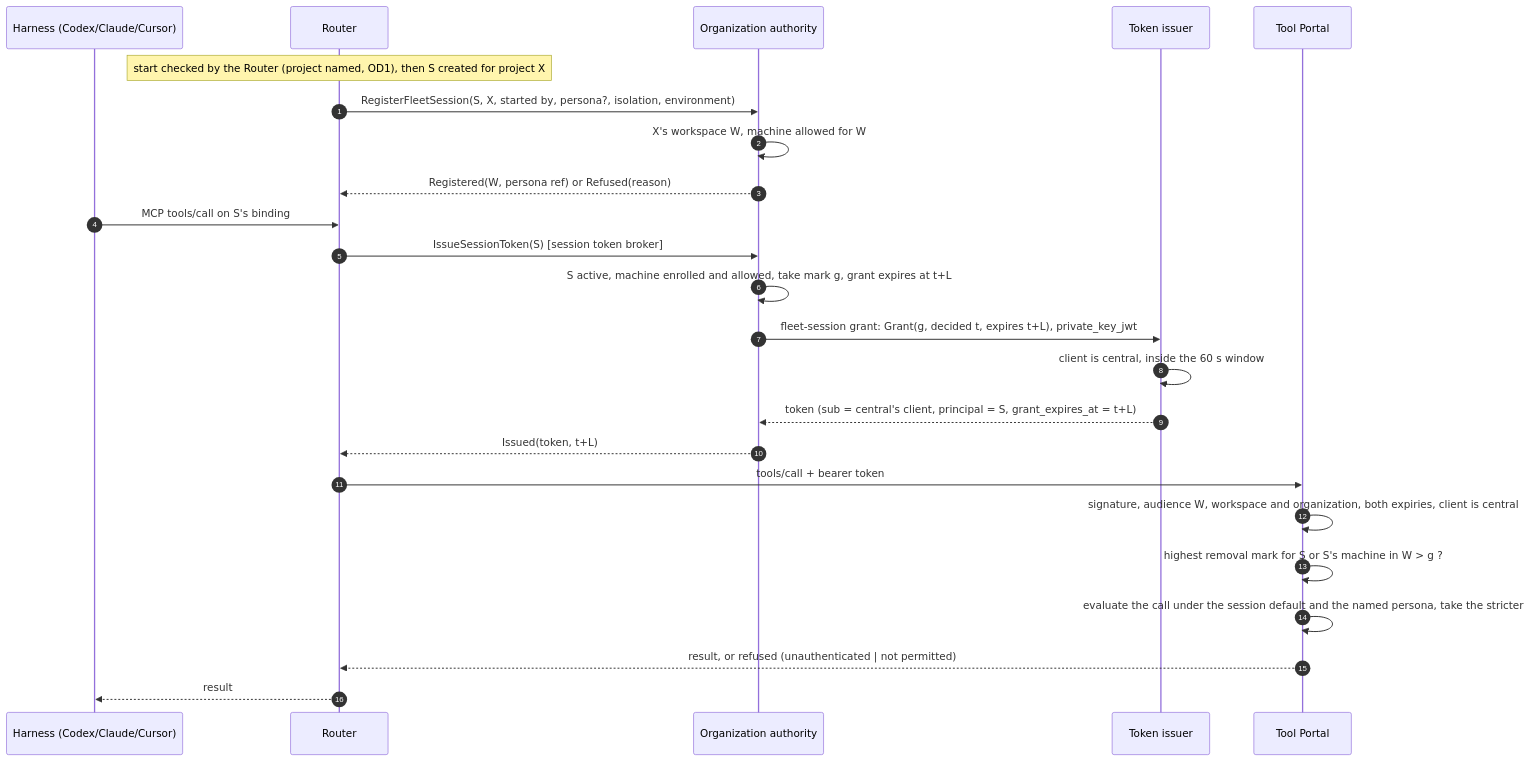
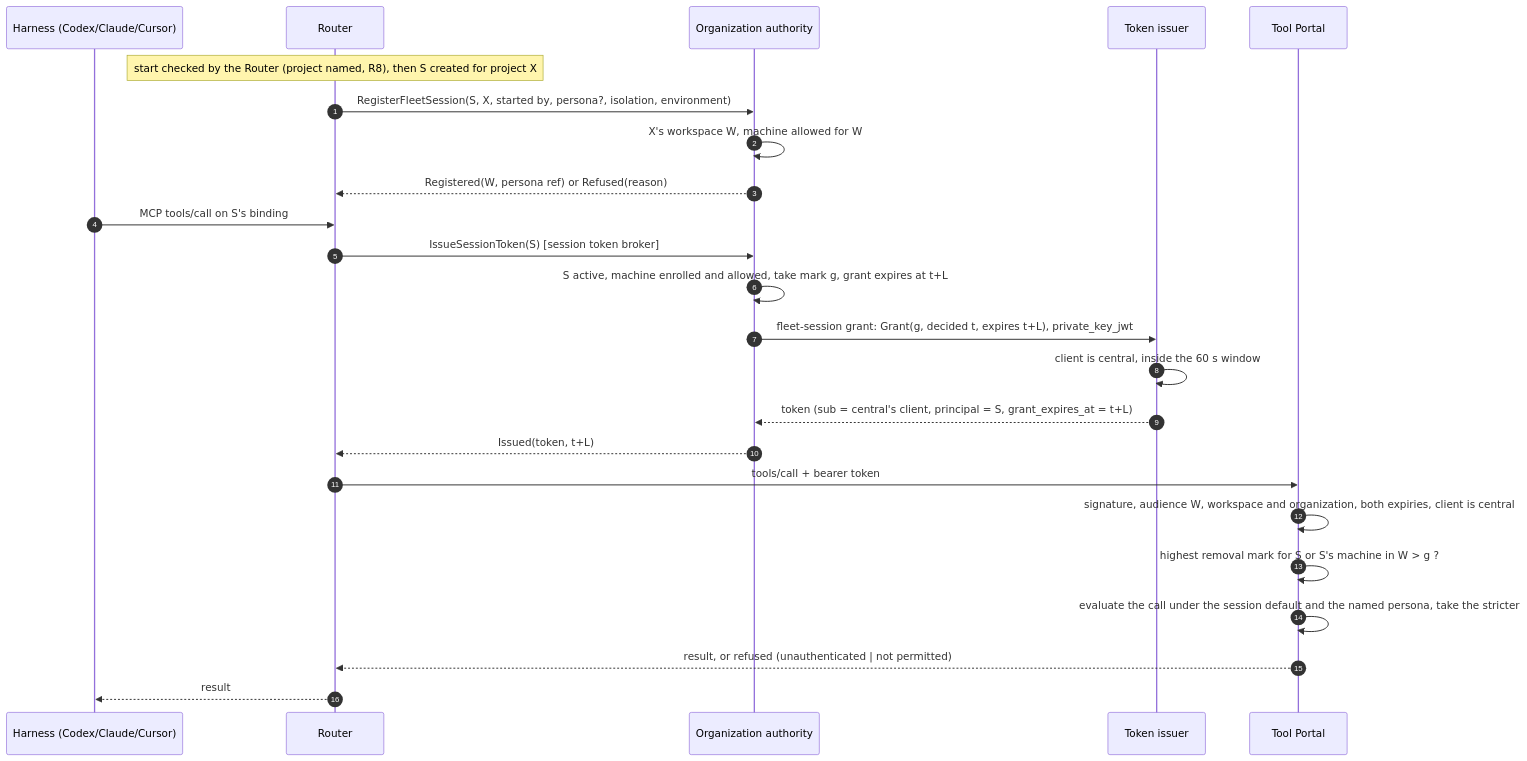
Before and after one commit to ShravanSunder/agent-vm: the fifth of 10 diagrams in docs/specs/2026-10-24-agent-identity/program-design.md, drawn with Mermaid. The commit also changed other lines of this file and 2 other files, not shown here.

````diff
--- a/docs/specs/2026-10-24-agent-identity/program-design.md
+++ b/docs/specs/2026-10-24-agent-identity/program-design.md
@@ -541,26 +722,26 @@
 ```mermaid
 sequenceDiagram
   autonumber
   participant H as Harness (Codex/Claude/Cursor)
   participant R as Router
   participant OA as Organization authority
   participant B as Token issuer
   participant P as Tool Portal
-  Note over R: start checked by the Router (project named, OD1), then S created for project X
+  Note over R: start checked by the Router (project named, R8), then S created for project X
   R->>OA: RegisterFleetSession(S, X, started by, persona?, isolation, environment)
   OA->>OA: X's workspace W, machine allowed for W
   OA-->>R: Registered(W, persona ref) or Refused(reason)
   H->>R: MCP tools/call on S's binding
   R->>OA: IssueSessionToken(S)  [session token broker]
   OA->>OA: S active, machine enrolled and allowed, take mark g, grant expires at t+L
   OA->>B: fleet-session grant: Grant(g, decided t, expires t+L), private_key_jwt
   B->>B: client is central, inside the 60 s window
   B-->>OA: token (sub = central's client, principal = S, grant_expires_at = t+L)
   OA-->>R: Issued(token, t+L)
   R->>P: tools/call + bearer token
   P->>P: signature, audience W, workspace and organization, both expiries, client is central
   P->>P: highest removal mark for S or S's machine in W > g ?
   P->>P: evaluate the call under the session default and the named persona, take the stricter
   P-->>R: result, or refused (unauthenticated | not permitted)
   R-->>H: result
 ```
````
